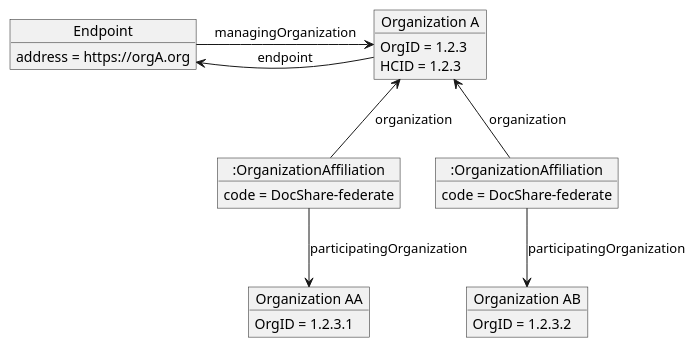
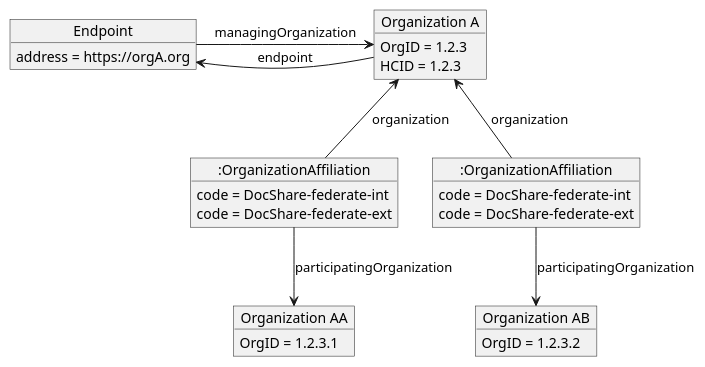
One commit to IHE/ITI.Topologies changed the diagram in images-source/dir-endpoint-to-org-affiliates.plantuml. Above: the diagram before and after it, drawn with PlantUML. The commit also changed 12 other files, not shown here.

```diff
--- a/images-source/dir-endpoint-to-org-affiliates.plantuml
+++ b/images-source/dir-endpoint-to-org-affiliates.plantuml
@@ -1,26 +1,28 @@
 @startuml dir-endpoint-to-org-affiliates
 hide footbox
 
 object "Organization A" as OrganizationA
 OrganizationA : OrgID = 1.2.3
 OrganizationA : HCID = 1.2.3
 object "Organization AA" as OrganizationAA
 OrganizationAA : OrgID = 1.2.3.1
 object "Endpoint" as EndpointA
 EndpointA : address = https://orgA.org
 object "Organization AB" as OrganizationAB
 OrganizationAB : OrgID = 1.2.3.2
 object ":OrganizationAffiliation" as OrgAff
-OrgAff : code = DocShare-federate
+OrgAff : code = DocShare-federate-int
+OrgAff : code = DocShare-federate-ext
 OrgAff --> OrganizationAA : participatingOrganization
 OrganizationA <-- OrgAff : organization
 object ":OrganizationAffiliation" as OrgAff2
-OrgAff2 : code = DocShare-federate
+OrgAff2 : code = DocShare-federate-int
+OrgAff2 : code = DocShare-federate-ext
 OrgAff2 --> OrganizationAB : participatingOrganization
 OrganizationA <-- OrgAff2 : organization
 
 EndpointA <-- OrganizationA : endpoint
 
 OrganizationA <- EndpointA : managingOrganization
 
 @enduml
```
